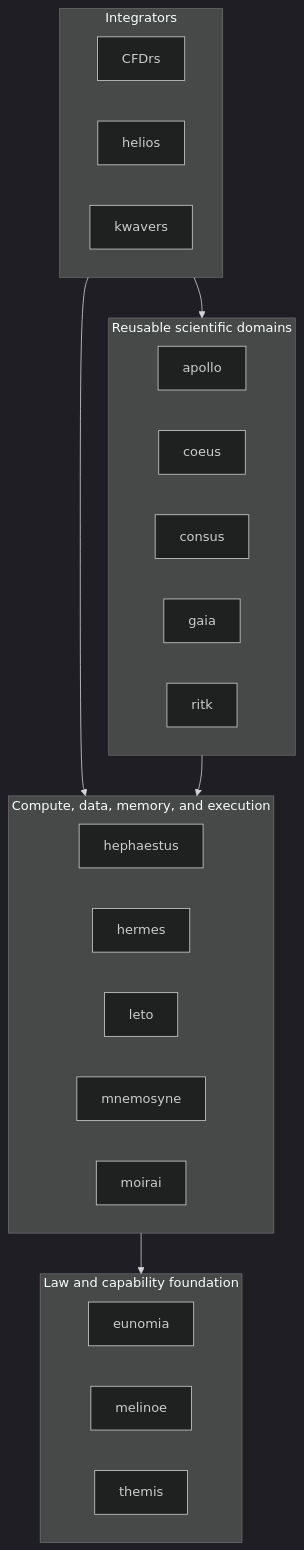
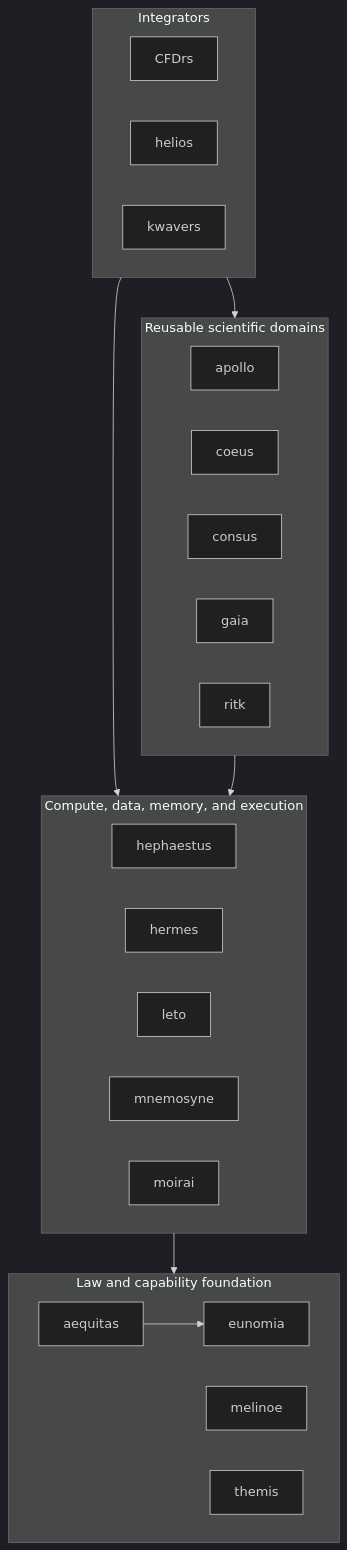
One commit to ryancinsight/atlas changed the diagram in README.md. Above: the diagram before and after it, drawn with Mermaid (dark theme). The commit also changed other lines of this file and 3 other files, not shown here.

````diff
--- a/README.md
+++ b/README.md
@@ -58,35 +59,37 @@
 ```mermaid
 flowchart TB
     subgraph Integrators
         CFDrs
         helios
         kwavers
     end
 
     subgraph Domains["Reusable scientific domains"]
         apollo
         coeus
         consus
         gaia
         ritk
     end
 
     subgraph Compute["Compute, data, memory, and execution"]
         hephaestus
         hermes
         leto
         mnemosyne
         moirai
     end
 
     subgraph Foundation["Law and capability foundation"]
+        aequitas
         eunomia
         melinoe
         themis
     end
 
     Integrators --> Domains
     Integrators --> Compute
     Domains --> Compute
     Compute --> Foundation
+    aequitas --> eunomia
 ```
````
